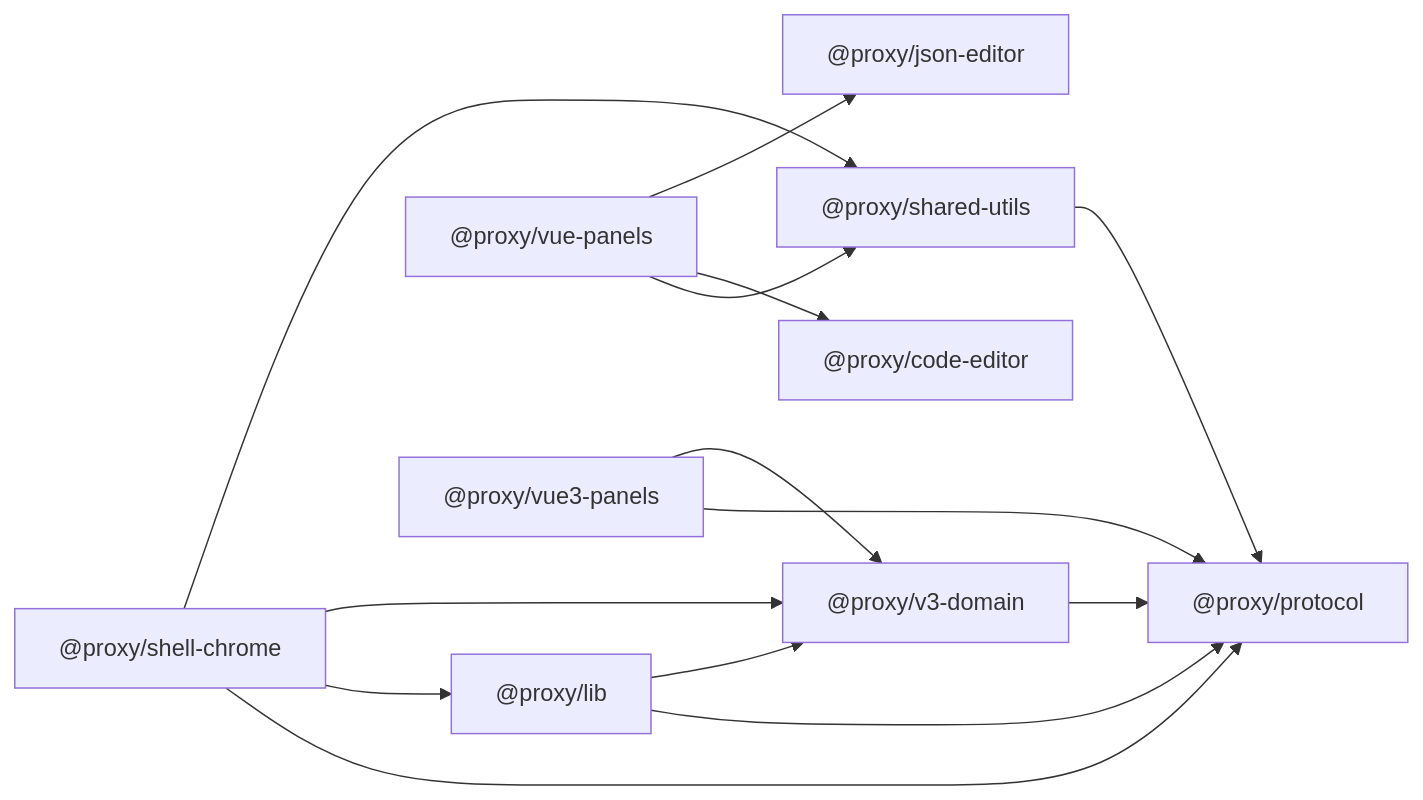
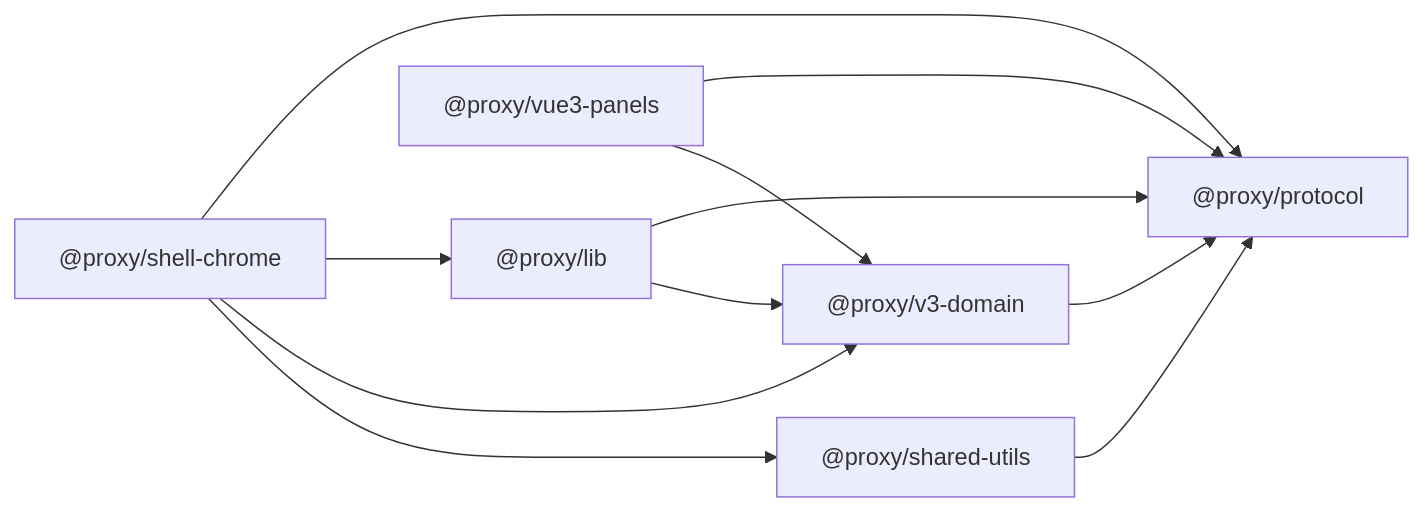
The first of 4 diagrams in docs/V3-ARCHITECTURE-ASSESSMENT.zh.md (Nyakooo/ajax-proxy), drawn with Mermaid before and after one commit. The commit also changed other lines of this file and 71 other files, not shown here.

Commit message:
chore: remove retired Vue 2 panels and editors

````diff
--- a/docs/V3-ARCHITECTURE-ASSESSMENT.zh.md
+++ b/docs/V3-ARCHITECTURE-ASSESSMENT.zh.md
@@ -9,26 +9,20 @@
 ```mermaid
 flowchart LR
   protocol["@proxy/protocol"]
   proxy["@proxy/lib"]
   shared["@proxy/shared-utils"]
   shell["@proxy/shell-chrome"]
   domain["@proxy/v3-domain"]
-  panels["@proxy/vue-panels"]
   panelsV3["@proxy/vue3-panels"]
-  code["@proxy/code-editor"]
-  json["@proxy/json-editor"]
 
   proxy --> protocol
   proxy --> domain
   shared --> protocol
   domain --> protocol
   shell --> protocol
   shell --> proxy
   shell --> domain
   shell --> shared
-  panels --> shared
-  panels --> code
-  panels --> json
   panelsV3 --> protocol
   panelsV3 --> domain
 ```
````
